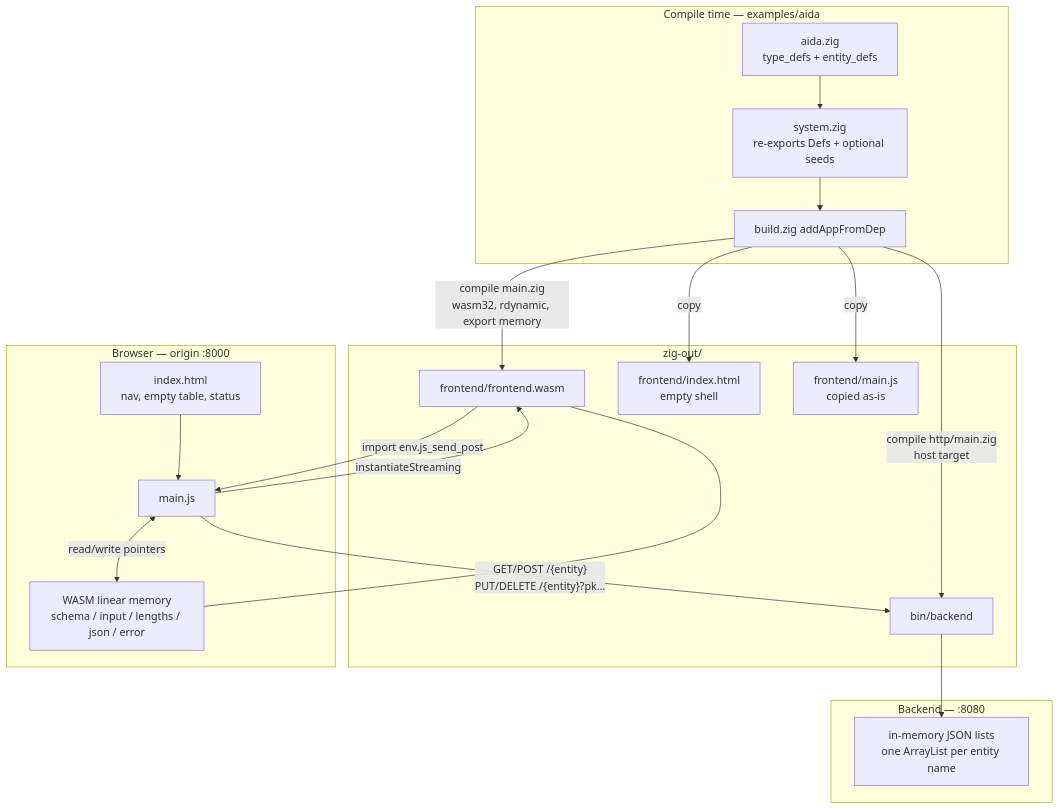
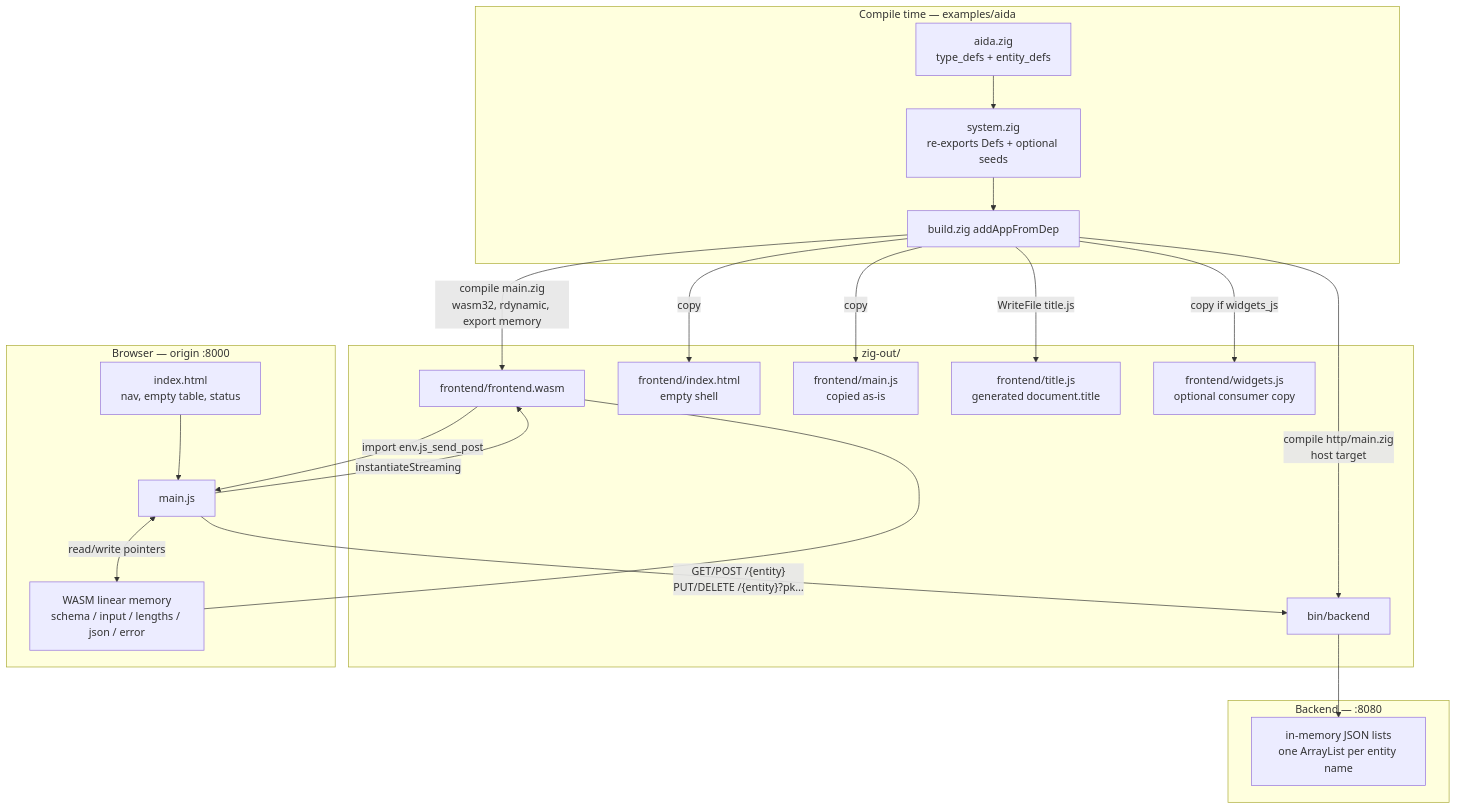
One commit to ari-dc-uba-ar/zigma-definition changed the diagram in docs/frontend.md. Above: the diagram before and after it, drawn with Mermaid. The commit also changed other lines of this file and 11 other files, not shown here.

First line of the commit message:
Let the consumer map domain types to sheet widgets.

````diff
--- a/docs/frontend.md
+++ b/docs/frontend.md
@@ -15,39 +15,43 @@
 ```mermaid
 flowchart TB
   subgraph compile["Compile time — examples/aida"]
     aida["aida.zig<br/>type_defs + entity_defs"]
     sys["system.zig<br/>re-exports Defs + optional seeds"]
     addApp["build.zig addAppFromDep"]
     aida --> sys
     sys --> addApp
   end
 
   subgraph artifacts["zig-out/"]
     wasm["frontend/frontend.wasm"]
     html["frontend/index.html<br/>empty shell"]
     js["frontend/main.js<br/>copied as-is"]
+    titlejs["frontend/title.js<br/>generated document.title"]
+    wjs["frontend/widgets.js<br/>optional consumer copy"]
     bin["bin/backend"]
     addApp -->|"compile main.zig<br/>wasm32, rdynamic, export memory"| wasm
     addApp -->|"copy"| html
     addApp -->|"copy"| js
+    addApp -->|"WriteFile title.js"| titlejs
+    addApp -->|"copy if widgets_js"| wjs
     addApp -->|"compile http/main.zig<br/>host target"| bin
   end
 
   subgraph browser["Browser — origin :8000"]
     page["index.html<br/>nav, empty table, status"]
     mainjs["main.js"]
     mem["WASM linear memory<br/>schema / input / lengths / json / error"]
     page --> mainjs
     mainjs -->|"instantiateStreaming"| wasm
     wasm --- mem
     mainjs <-->|"read/write pointers"| mem
     wasm -->|"import env.js_send_post"| mainjs
   end
 
   subgraph server["Backend — :8080"]
     lists["in-memory JSON lists<br/>one ArrayList per entity name"]
     bin --> lists
   end
 
   mainjs -->|"GET/POST /{entity}<br/>PUT/DELETE /{entity}?pk…"| bin
 ```
````
